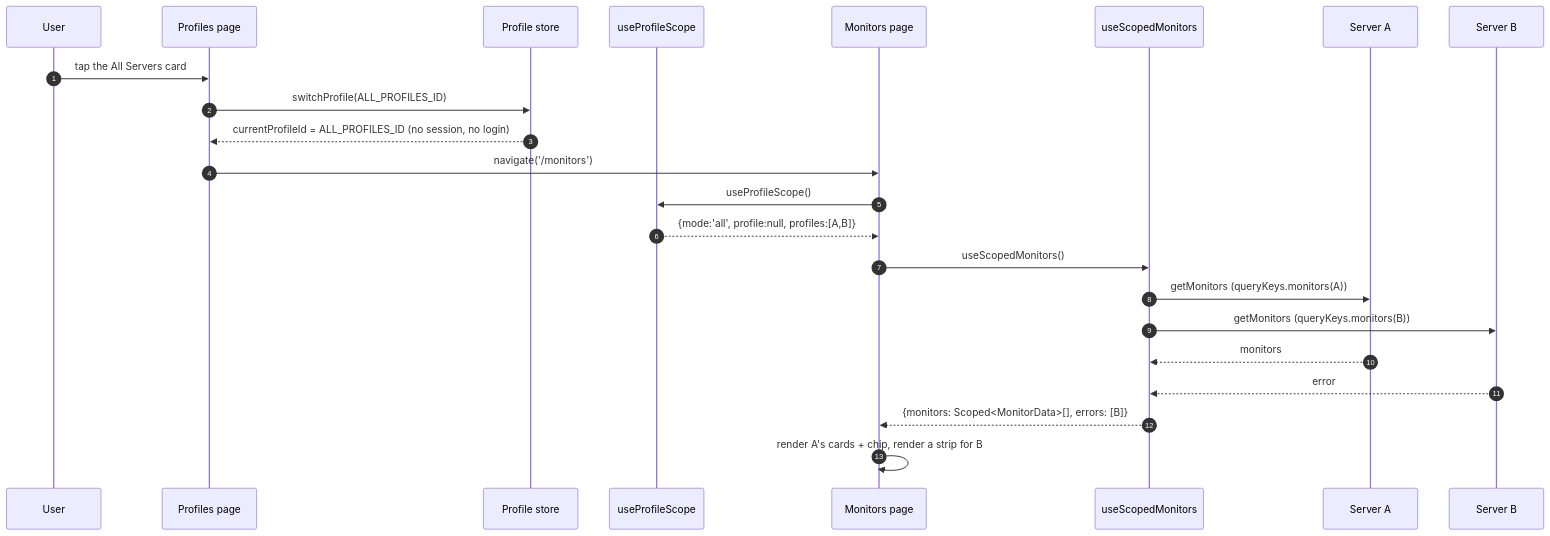
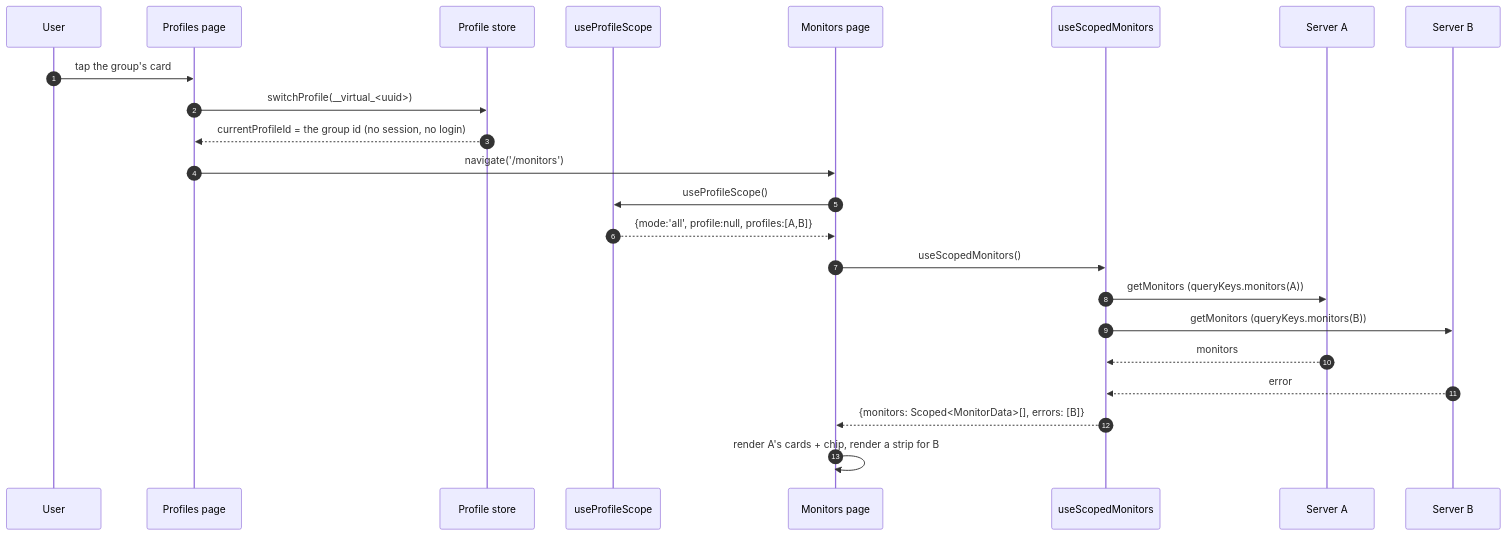
Before and after one commit to ZoneMinder/zmNinjaNG: diagram 21 of 23 in docs/developer-guide/call-flows.rst, drawn with Mermaid. The commit also changed other lines of this file and 12 other files, not shown here.

```diff
--- a/docs/developer-guide/call-flows.rst
+++ b/docs/developer-guide/call-flows.rst
@@ -2653,26 +2660,26 @@
 .. mermaid::
 
    sequenceDiagram
        autonumber
        participant User as User
        participant Page as Profiles page
        participant Store as Profile store
        participant Scope as useProfileScope
        participant Mon as Monitors page
        participant Hook as useScopedMonitors
        participant A as Server A
        participant B as Server B
 
-       User->>Page: tap the All Servers card
-       Page->>Store: switchProfile(ALL_PROFILES_ID)
-       Store-->>Page: currentProfileId = ALL_PROFILES_ID (no session, no login)
+       User->>Page: tap the group's card
+       Page->>Store: switchProfile(__virtual_<uuid>)
+       Store-->>Page: currentProfileId = the group id (no session, no login)
        Page->>Mon: navigate('/monitors')
        Mon->>Scope: useProfileScope()
        Scope-->>Mon: {mode:'all', profile:null, profiles:[A,B]}
        Mon->>Hook: useScopedMonitors()
        Hook->>A: getMonitors (queryKeys.monitors(A))
        Hook->>B: getMonitors (queryKeys.monitors(B))
        A-->>Hook: monitors
        B-->>Hook: error
        Hook-->>Mon: {monitors: Scoped<MonitorData>[], errors: [B]}
        Mon->>Mon: render A's cards + chip, render a strip for B
```
